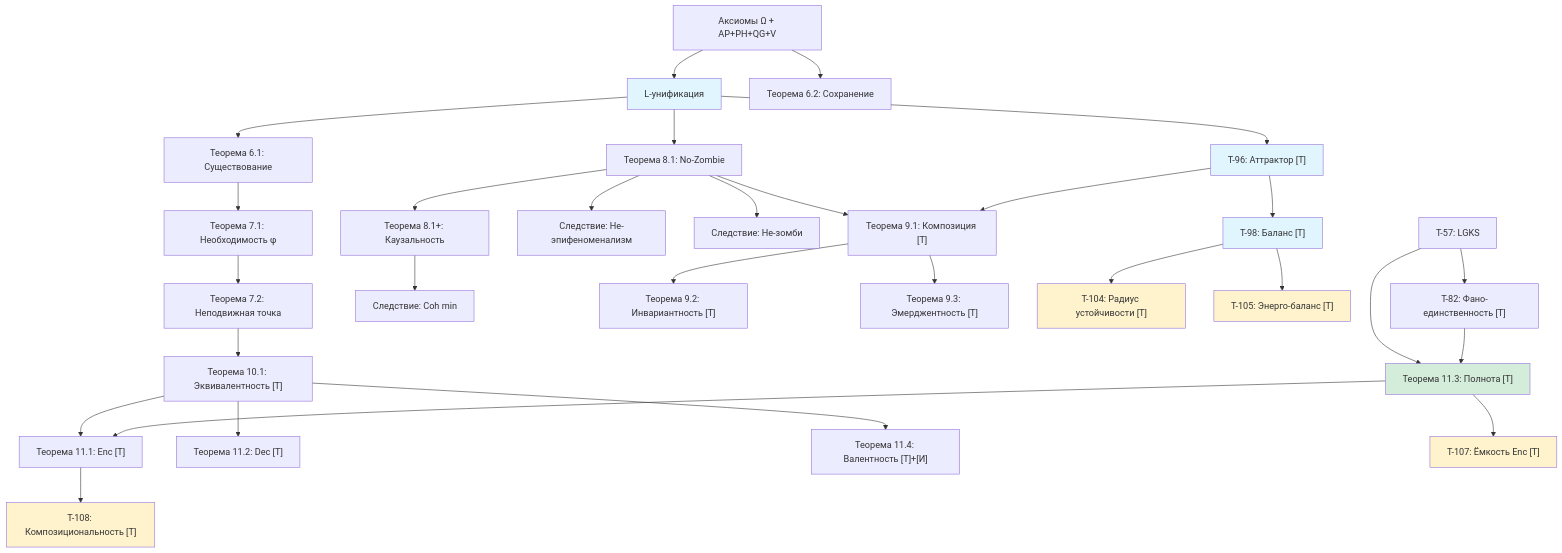
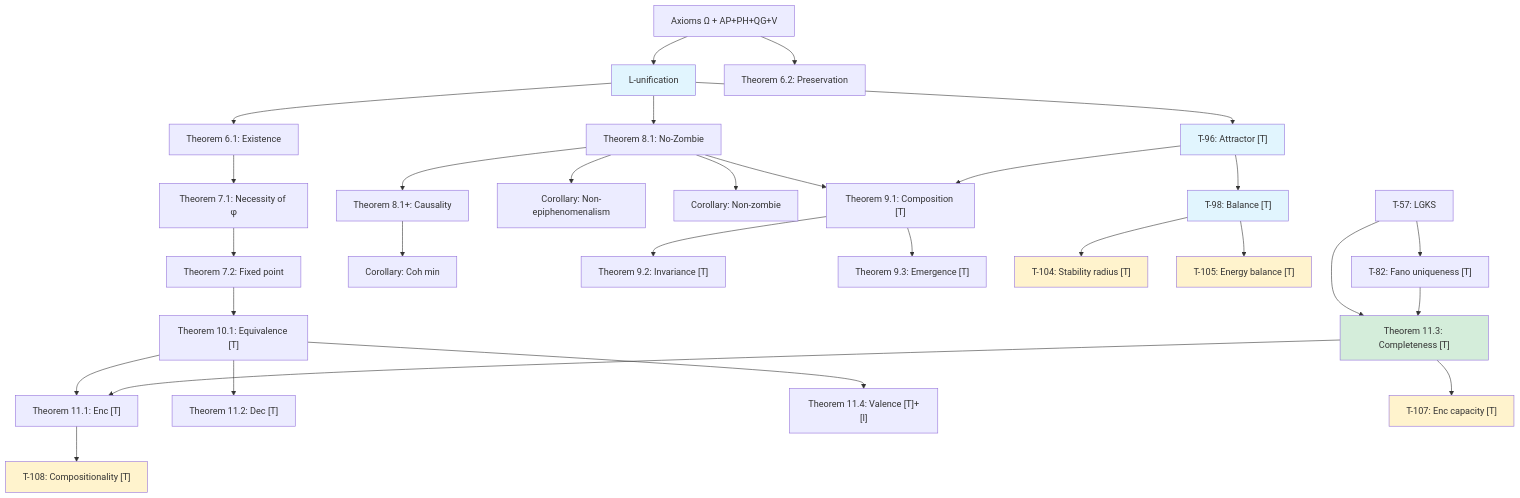
Before and after one commit to uhm-theory/holon: the diagram in website/docs/applied/coherence-cybernetics/theorems.md, drawn with Mermaid. The commit also changed other lines of this file and 28 other files, not shown here.

````diff
--- a/website/docs/applied/coherence-cybernetics/theorems.md
+++ b/website/docs/applied/coherence-cybernetics/theorems.md
@@ -839,44 +839,44 @@
 ```mermaid
 graph TD
-    A["Аксиомы Ω + AP+PH+QG+V"] --> LU["L-унификация"]
-    LU --> T61["Теорема 6.1: Существование"]
-    A --> T62x["Теорема 6.2: Сохранение"]
-    T61 --> T71["Теорема 7.1: Необходимость φ"]
-    T71 --> T72["Теорема 7.2: Неподвижная точка"]
-    LU --> T81["Теорема 8.1: No-Zombie"]
-    T81 --> T81P["Теорема 8.1+: Каузальность"]
-    T81 --> C811["Следствие: Не-эпифеноменализм"]
-    T81 --> C812["Следствие: Не-зомби"]
-    T81P --> C813["Следствие: Coh min"]
-    T81 --> T91["Теорема 9.1: Композиция [Т]"]
-    T91 --> T92["Теорема 9.2: Инвариантность [Т]"]
-    T91 --> T93x["Теорема 9.3: Эмерджентность [Т]"]
-    T72 --> T101["Теорема 10.1: Эквивалентность [Т]"]
-    T101 --> T111["Теорема 11.1: Enc [Т]"]
-    T101 --> T112["Теорема 11.2: Dec [Т]"]
-    T57["T-57: LGKS"] --> T113["Теорема 11.3: Полнота [Т]"]
+    A["Axioms Ω + AP+PH+QG+V"] --> LU["L-unification"]
+    LU --> T61["Theorem 6.1: Existence"]
+    A --> T62x["Theorem 6.2: Preservation"]
+    T61 --> T71["Theorem 7.1: Necessity of φ"]
+    T71 --> T72["Theorem 7.2: Fixed point"]
+    LU --> T81["Theorem 8.1: No-Zombie"]
+    T81 --> T81P["Theorem 8.1+: Causality"]
+    T81 --> C811["Corollary: Non-epiphenomenalism"]
+    T81 --> C812["Corollary: Non-zombie"]
+    T81P --> C813["Corollary: Coh min"]
+    T81 --> T91["Theorem 9.1: Composition [T]"]
+    T91 --> T92["Theorem 9.2: Invariance [T]"]
+    T91 --> T93x["Theorem 9.3: Emergence [T]"]
+    T72 --> T101["Theorem 10.1: Equivalence [T]"]
+    T101 --> T111["Theorem 11.1: Enc [T]"]
+    T101 --> T112["Theorem 11.2: Dec [T]"]
+    T57["T-57: LGKS"] --> T113["Theorem 11.3: Completeness [T]"]
     T113 --> T111
-    T101 --> T114["Теорема 11.4: Валентность [Т]+[И]"]
+    T101 --> T114["Theorem 11.4: Valence [T]+[I]"]
 
-    LU --> T96["T-96: Аттрактор [Т]"]
-    T96 --> T98["T-98: Баланс [Т]"]
-    T98 --> T104["T-104: Радиус устойчивости [Т]"]
-    T98 --> T105["T-105: Энерго-баланс [Т]"]
+    LU --> T96["T-96: Attractor [T]"]
+    T96 --> T98["T-98: Balance [T]"]
+    T98 --> T104["T-104: Stability radius [T]"]
+    T98 --> T105["T-105: Energy balance [T]"]
 
-    T57 --> T82["T-82: Фано-единственность [Т]"]
+    T57 --> T82["T-82: Fano uniqueness [T]"]
     T82 --> T113
 
     T96 --> T91
 
-    T113 --> T107["T-107: Ёмкость Enc [Т]"]
-    T111 --> T108["T-108: Композициональность [Т]"]
+    T113 --> T107["T-107: Enc capacity [T]"]
+    T111 --> T108["T-108: Compositionality [T]"]
 
     style LU fill:#e1f5fe
     style T113 fill:#d4edda
     style T96 fill:#e1f5fe
     style T98 fill:#e1f5fe
     style T104 fill:#fff3cd
     style T105 fill:#fff3cd
     style T107 fill:#fff3cd
     style T108 fill:#fff3cd
 ```
````
